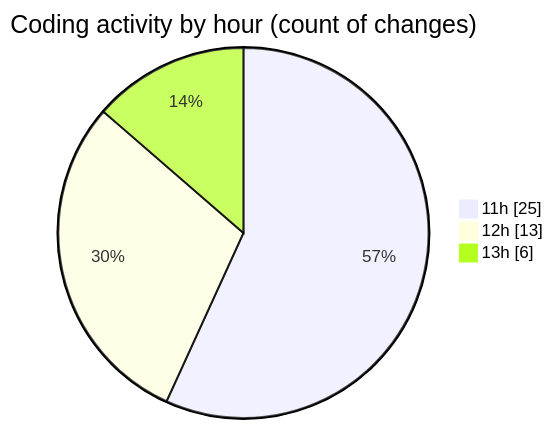
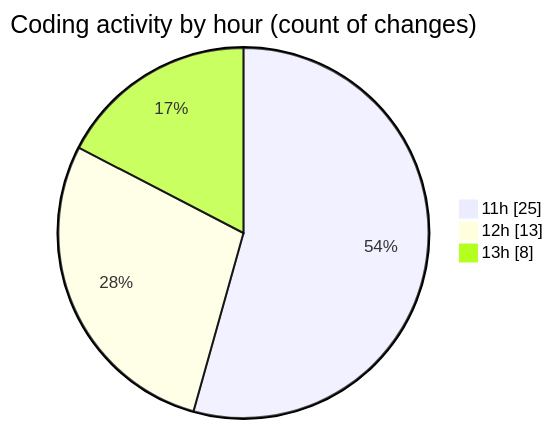
Before and after one commit to nxtqubesakshisongat/code-tracking: the second of 2 diagrams in 2025-07-01/argos/README.md, drawn with Mermaid. The commit also changed other lines of this file and 1 other file, not shown here.

````diff
--- a/2025-07-01/argos/README.md
+++ b/2025-07-01/argos/README.md
@@ -34,7 +35,7 @@
 ```mermaid
 pie showData
 title Coding activity by hour (count of changes)
 "11h" : 25
 "12h" : 13
-"13h" : 6
+"13h" : 8
 ```
````
